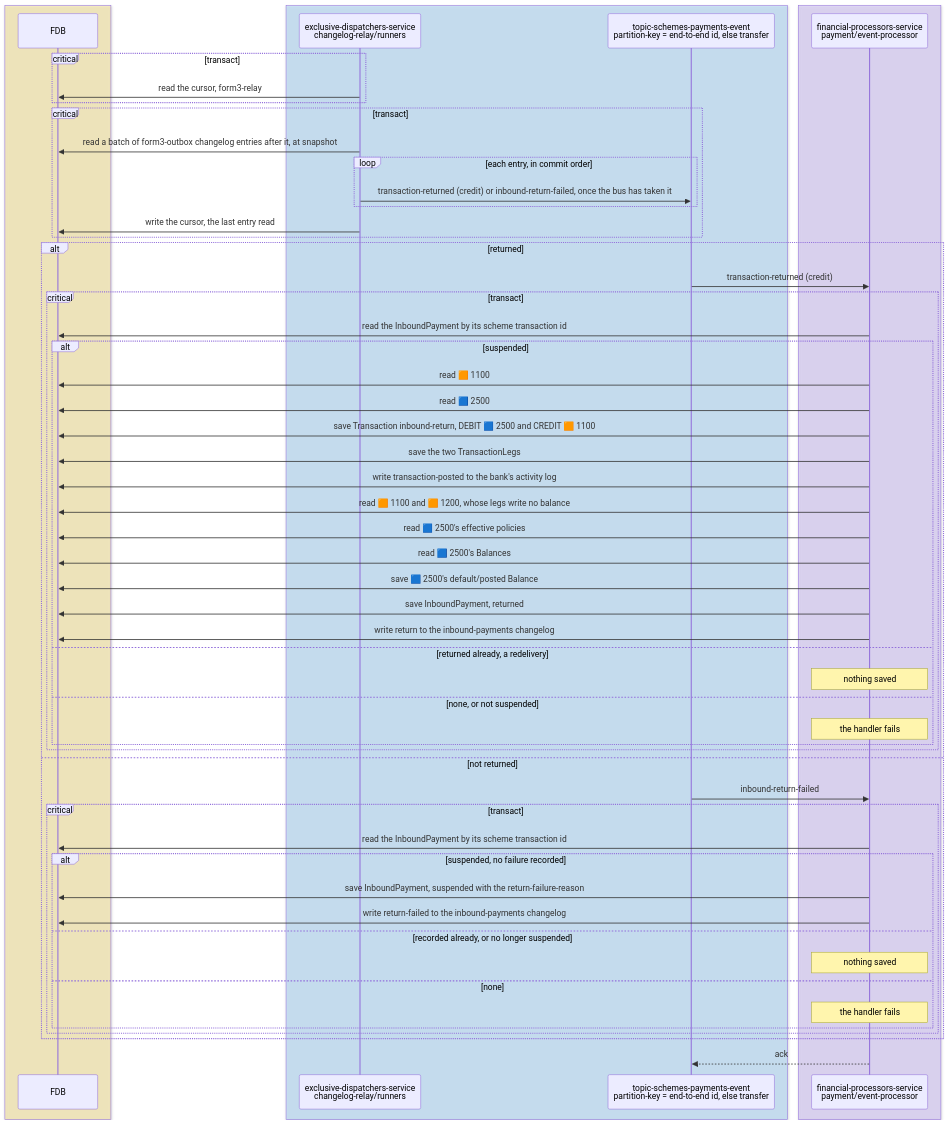
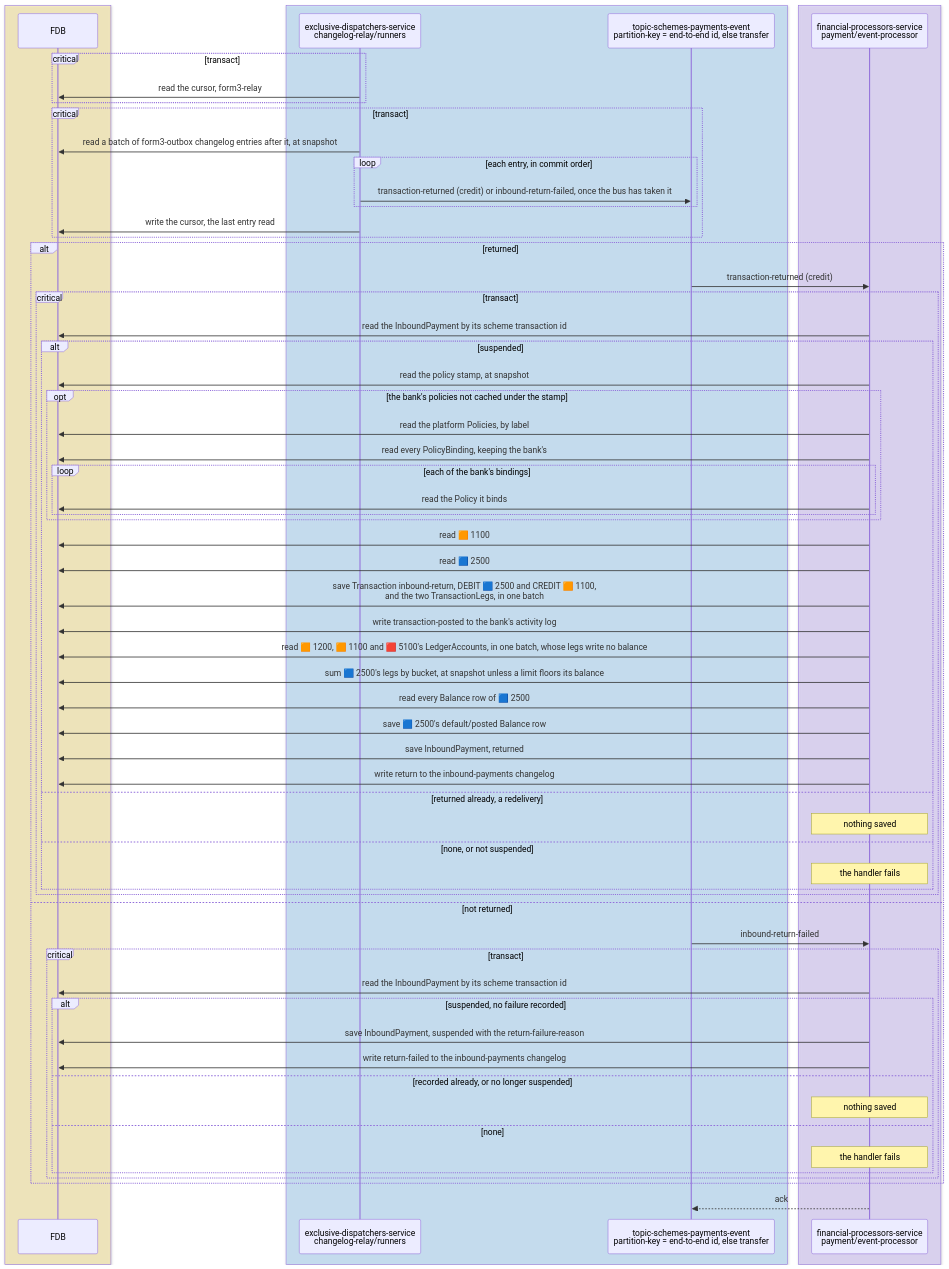
Diagram 15 of 15 in docs/tdd/payments-inbound.md (repldriven/queenswood), drawn with Mermaid before and after one commit. The commit also changed other lines of this file and 2 other files, not shown here.

Commit message:
Draw each payment flow's FDB calls as the code makes them: balances summed from legs and a row saved only where a bucket opens, batched reads and saves, the policy stamp and the ledger account id cache, and the intent poller's limited reads, rounds and concurrent reconciles

````diff
--- a/docs/tdd/payments-inbound.md
+++ b/docs/tdd/payments-inbound.md
@@ -757,60 +838,67 @@
 ```mermaid
 sequenceDiagram
     box rgba(255, 236, 153, 0.5)
     participant DB as FDB
     end
     box rgba(165, 216, 255, 0.45)
     participant OR as exclusive-dispatchers-service<br/>changelog-relay/runners
     participant SE as topic-schemes-payments-event<br/>partition-key = end-to-end id, else transfer
     end
     box rgba(208, 191, 255, 0.45)
     participant PE as financial-processors-service<br/>payment/event-processor
     end
     critical transact
     OR->>DB: read the cursor, form3-relay
     end
     critical transact
     OR->>DB: read a batch of form3-outbox changelog entries after it, at snapshot
     loop each entry, in commit order
     OR->>SE: transaction-returned (credit) or inbound-return-failed, once the bus has taken it
     end
     OR->>DB: write the cursor, the last entry read
     end
     alt returned
     SE->>PE: transaction-returned (credit)
     critical transact
     PE->>DB: read the InboundPayment by its scheme transaction id
     alt suspended
+    PE->>DB: read the policy stamp, at snapshot
+    opt the bank's policies not cached under the stamp
+    PE->>DB: read the platform Policies, by label
+    PE->>DB: read every PolicyBinding, keeping the bank's
+    loop each of the bank's bindings
+    PE->>DB: read the Policy it binds
+    end
+    end
     PE->>DB: read 🟧 1100
     PE->>DB: read 🟦 2500
-    PE->>DB: save Transaction inbound-return, DEBIT 🟦 2500 and CREDIT 🟧 1100
-    PE->>DB: save the two TransactionLegs
+    PE->>DB: save Transaction inbound-return, DEBIT 🟦 2500 and CREDIT 🟧 1100,<br/>and the two TransactionLegs, in one batch
     PE->>DB: write transaction-posted to the bank's activity log
-    PE->>DB: read 🟧 1100 and 🟧 1200, whose legs write no balance
-    PE->>DB: read 🟦 2500's effective policies
-    PE->>DB: read 🟦 2500's Balances
-    PE->>DB: save 🟦 2500's default/posted Balance
+    PE->>DB: read 🟧 1200, 🟧 1100 and 🟥 5100's LedgerAccounts, in one batch, whose legs write no balance
+    PE->>DB: sum 🟦 2500's legs by bucket, at snapshot unless a limit floors its balance
+    PE->>DB: read every Balance row of 🟦 2500
+    PE->>DB: save 🟦 2500's default/posted Balance row
     PE->>DB: save InboundPayment, returned
     PE->>DB: write return to the inbound-payments changelog
     else returned already, a redelivery
     Note over PE: nothing saved
     else none, or not suspended
     Note over PE: the handler fails
     end
     end
     else not returned
     SE->>PE: inbound-return-failed
     critical transact
     PE->>DB: read the InboundPayment by its scheme transaction id
     alt suspended, no failure recorded
     PE->>DB: save InboundPayment, suspended with the return-failure-reason
     PE->>DB: write return-failed to the inbound-payments changelog
     else recorded already, or no longer suspended
     Note over PE: nothing saved
     else none
     Note over PE: the handler fails
     end
     end
     end
     PE-->>SE: ack
 ```
````
